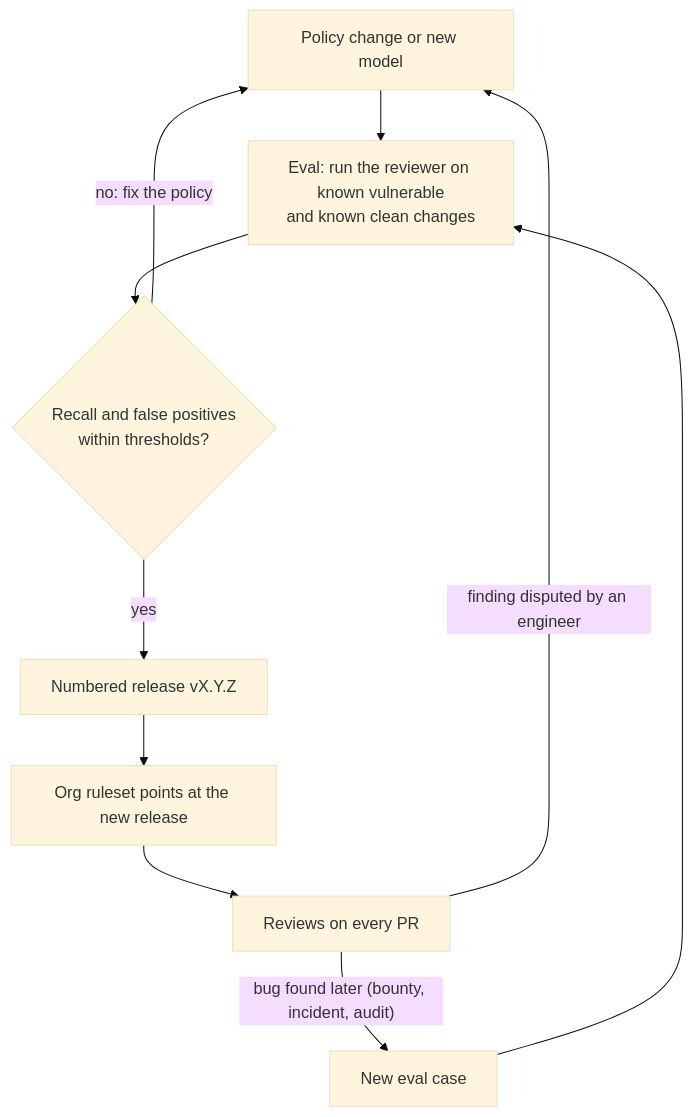
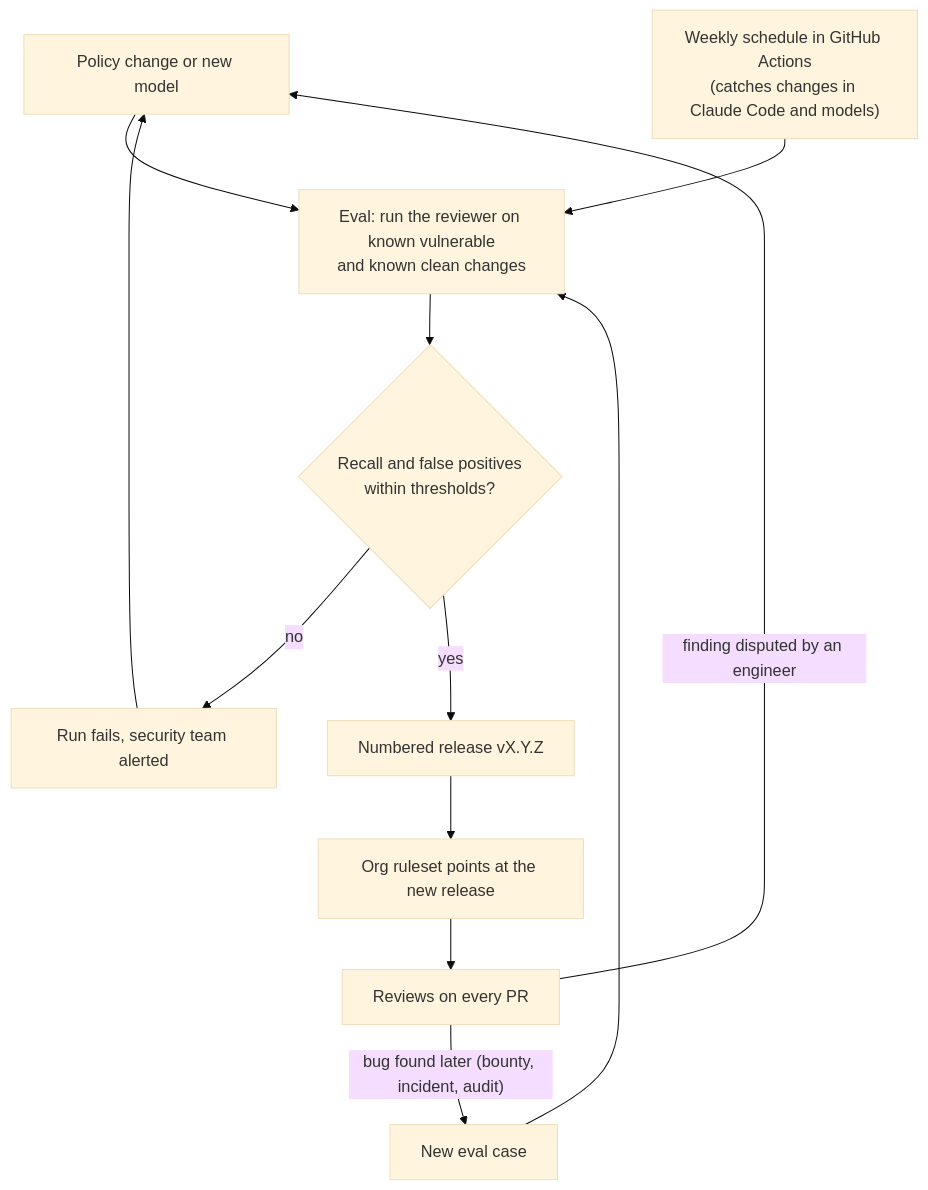
Before and after one commit to ssc-telec-corp/agentic-reviewer: the second of 2 diagrams in docs/README.md, drawn with Mermaid (base theme). The commit also changed other lines of this file and 1 other file, not shown here.

Commit message:
ADR 0008: scheduled eval in GitHub Actions and model-free PR checks

````diff
--- a/docs/README.md
+++ b/docs/README.md
@@ -37,12 +37,14 @@
 ```mermaid
 flowchart TD
     P["Policy change or new model"] --> E["Eval: run the reviewer on known vulnerable<br/>and known clean changes"]
     C["New eval case"] --> E
+    S["Weekly schedule in GitHub Actions<br/>(catches changes in Claude Code and models)"] --> E
     E --> T{"Recall and false positives<br/>within thresholds?"}
-    T -- "no: fix the policy" --> P
+    T -- "no" --> X["Run fails, security team alerted"]
+    X --> P
     T -- "yes" --> R["Numbered release vX.Y.Z"]
     R --> O["Org ruleset points at the new release"]
     O --> PR["Reviews on every PR"]
     PR -- "finding disputed by an engineer" --> P
     PR -- "bug found later (bounty, incident, audit)" --> C
 ```
````
